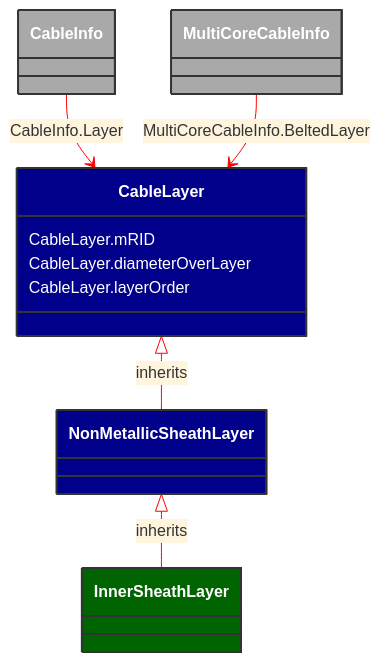
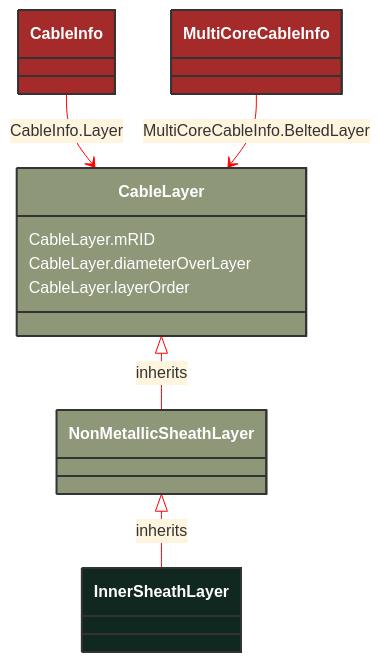
Before and after one commit to 3lbits/NoCIMExtensions: the diagram in docs/Models/Profiles/SubseaCableInfo/ConcreteClasses/InnerSheathLayer.md, drawn with Mermaid. The commit also changed 190 other files, not shown here.

````diff
--- a/docs/Models/Profiles/SubseaCableInfo/ConcreteClasses/InnerSheathLayer.md
+++ b/docs/Models/Profiles/SubseaCableInfo/ConcreteClasses/InnerSheathLayer.md
@@ -8,37 +8,33 @@
 ```mermaid
 %%{init: {'theme':'base','themeVariables': {'lineColor': '#FF0000'}}}%%
 classDiagram
     class InnerSheathLayer
     click InnerSheathLayer href "/Models/Profiles/SubseaCableInfo/ConcreteClasses/InnerSheathLayer/"
-    style InnerSheathLayer fill:#006400,stroke:#333,stroke-width:2px,rx:10,ry:10,color:white
-
+    style InnerSheathLayer fill:#102820,stroke:#333,stroke-width:2px,rx:10,ry:10,color:white
+     
         NonMetallicSheathLayer <|-- InnerSheathLayer : inherits
             click NonMetallicSheathLayer href "/Models/Profiles/SubseaCableInfo/ConcreteClasses/NonMetallicSheathLayer/"
-            style NonMetallicSheathLayer fill:#00008B,stroke:#333,stroke-width:2px,rx:10,ry:10,color:white
-
-        InnerSheathLayer
-            click InnerSheathLayer href "/Models/Profiles/SubseaCableInfo/ConcreteClasses/InnerSheathLayer/"
-            style NonMetallicSheathLayer fill:#00008B,stroke:#333,stroke-width:2px,rx:10,ry:10,color:white
-
+            style NonMetallicSheathLayer fill:#8F9779,stroke:#333,stroke-width:2px,rx:10,ry:10,color:white
+     
         CableLayer <|-- NonMetallicSheathLayer : inherits
             click CableLayer href "/Models/Profiles/SubseaCableInfo/AbstractClasses/CableLayer/"
-            style CableLayer fill:#00008B,stroke:#333,stroke-width:2px,rx:10,ry:10,color:white
+            style CableLayer fill:#8F9779,stroke:#333,stroke-width:2px,rx:10,ry:10,color:white
 
 
         CableInfo --> CableLayer : CableInfo.Layer
 
         CableInfo
             click CableInfo href "/Models/Profiles/SubseaCableInfo/ConcreteClasses/CableInfo/"
-            style CableInfo fill:#A9A9A9,stroke:#333,stroke-width:2px,rx:10,ry:10,color:white
+            style CableInfo fill:#A52A2A,stroke:#333,stroke-width:2px,rx:10,ry:10,color:white
 
         MultiCoreCableInfo --> CableLayer : MultiCoreCableInfo.BeltedLayer
 
         MultiCoreCableInfo
             click MultiCoreCableInfo href "/Models/Profiles/SubseaCableInfo/ConcreteClasses/MultiCoreCableInfo/"
-            style MultiCoreCableInfo fill:#A9A9A9,stroke:#333,stroke-width:2px,rx:10,ry:10,color:white
+            style MultiCoreCableInfo fill:#A52A2A,stroke:#333,stroke-width:2px,rx:10,ry:10,color:white
 
 
         CableLayer : CableLayer.mRID
         CableLayer : CableLayer.diameterOverLayer
         CableLayer : CableLayer.layerOrder
 ```
````
